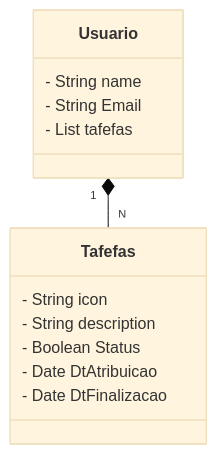
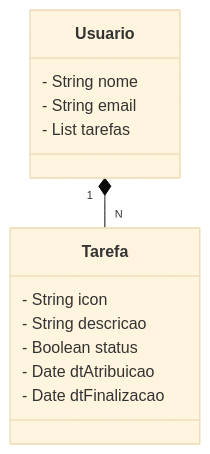
The diagram in README.md (robsonosbor/Desafio-Santander-Dev-Week-Final), drawn with Mermaid (base theme) before and after one commit. The commit also changed other lines of this file, not shown here.

````diff
--- a/README.md
+++ b/README.md
@@ -26,20 +26,18 @@
 ```mermaid
 classDiagram
   class Usuario {
-    - String name
-    - String Email
-    - List<Tarefas> tafefas
+    - String nome
+    - String email
+    - List<Tarefa> tarefas
   }
-   
-  class Tafefas {
+
+  class Tarefa {
     - String icon
-    - String description
-    - Boolean Status
-    - Date DtAtribuicao
-    - Date DtFinalizacao
+    - String descricao
+    - Boolean status
+    - Date dtAtribuicao
+    - Date dtFinalizacao
   }
-  
-  Usuario "1" *-- "N" Tafefas
- 
 
+  Usuario "1" *-- "N" Tarefa
 ```
````
